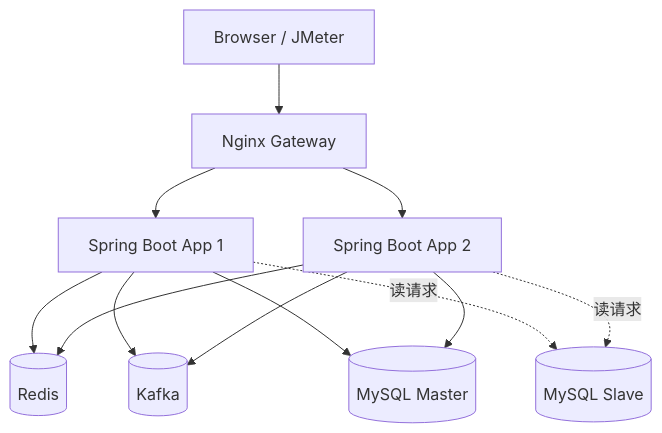
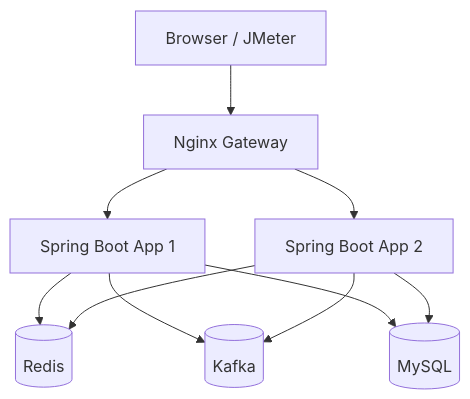
Before and after one commit to Rnn123/Distributed_Software-Homework: the first of 3 diagrams in SecKilling/docs/DESIGN.md, drawn with Mermaid. The commit also changed other lines of this file and 1 other file, not shown here.

````diff
--- a/SecKilling/docs/DESIGN.md
+++ b/SecKilling/docs/DESIGN.md
@@ -14,18 +14,15 @@
 ```mermaid
 graph TD
     Client[Browser / JMeter] --> Nginx[Nginx Gateway]
     Nginx --> App1[Spring Boot App 1]
     Nginx --> App2[Spring Boot App 2]
 
     App1 --> Redis[(Redis)]
     App2 --> Redis
 
     App1 --> Kafka[(Kafka)]
     App2 --> Kafka
 
-    App1 --> MySQLMaster[(MySQL Master)]
-    App2 --> MySQLMaster
-
-    App1 -.读请求.-> MySQLSlave[(MySQL Slave)]
-    App2 -.读请求.-> MySQLSlave
+    App1 --> MySQL[(MySQL)]
+    App2 --> MySQL
 ```
````
